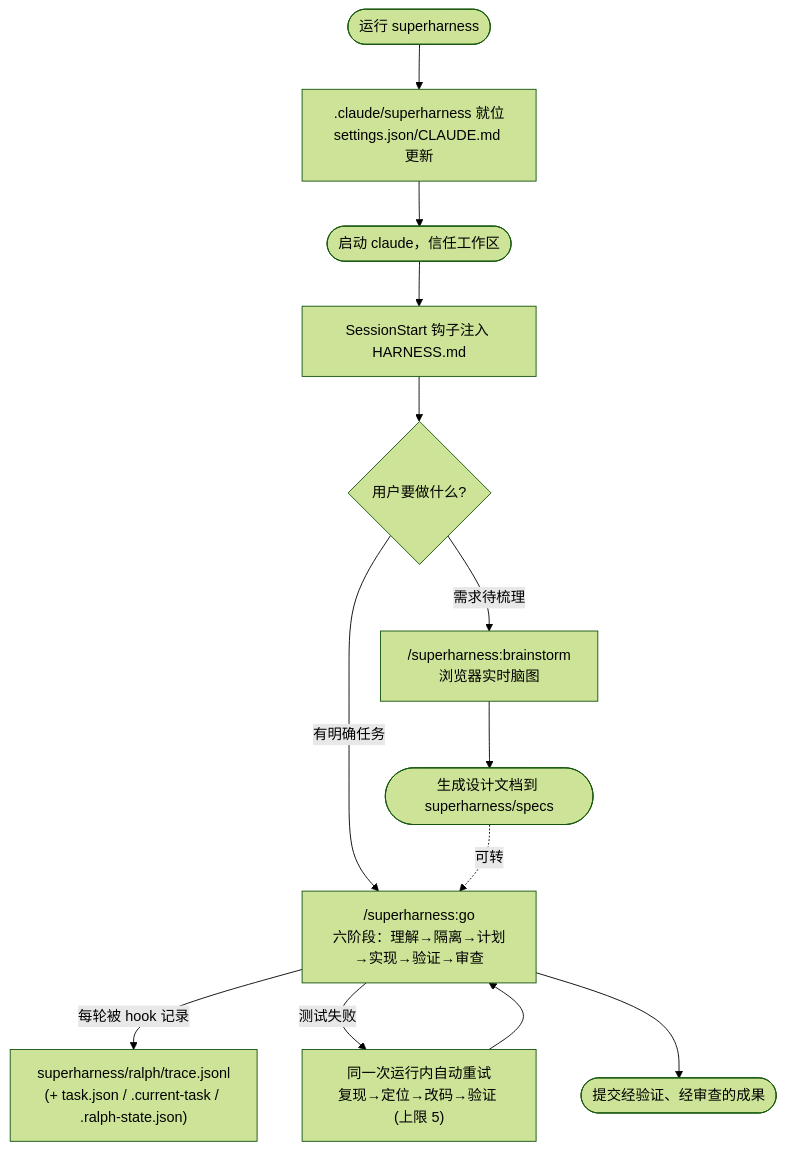
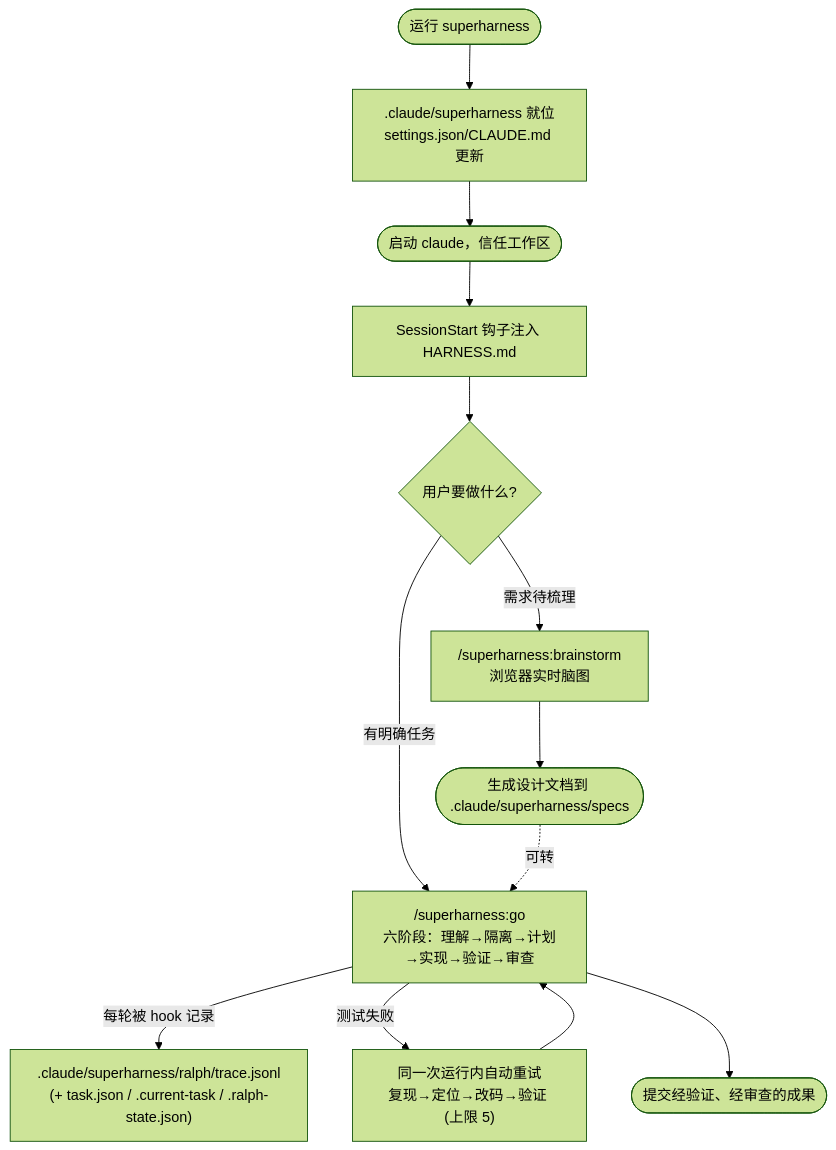
Before and after one commit to YachuanWzh/harness: diagram 13 of 13 in 技术方案文档.md, drawn with Mermaid (forest theme). The commit also changed other lines of this file and 17 other files, not shown here.

First line of the commit message:
chore(install): 将 superharness 状态路径标准化为 .claude 目录

````diff
--- a/技术方案文档.md
+++ b/技术方案文档.md
@@ -502,15 +502,15 @@
 ```mermaid
 flowchart TD
     A([运行 superharness]) --> B[".claude/superharness 就位<br/>settings.json/CLAUDE.md 更新"]
     B --> C([启动 claude，信任工作区])
     C --> D["SessionStart 钩子注入 HARNESS.md"]
     D --> E{用户要做什么?}
     E -->|有明确任务| F["/superharness:go<br/>六阶段：理解→隔离→计划→实现→验证→审查"]
     E -->|需求待梳理| G["/superharness:brainstorm<br/>浏览器实时脑图"]
-    F -->|每轮被 hook 记录| T["superharness/ralph/trace.jsonl<br/>(+ task.json / .current-task / .ralph-state.json)"]
+    F -->|每轮被 hook 记录| T[".claude/superharness/ralph/trace.jsonl<br/>(+ task.json / .current-task / .ralph-state.json)"]
     F -->|测试失败| RS["同一次运行内自动重试<br/>复现→定位→改码→验证 (上限 5)"]
     RS --> F
     F --> H([提交经验证、经审查的成果])
-    G --> I([生成设计文档到 superharness/specs])
+    G --> I([生成设计文档到 .claude/superharness/specs])
     I -.可转.-> F
 ```
````
